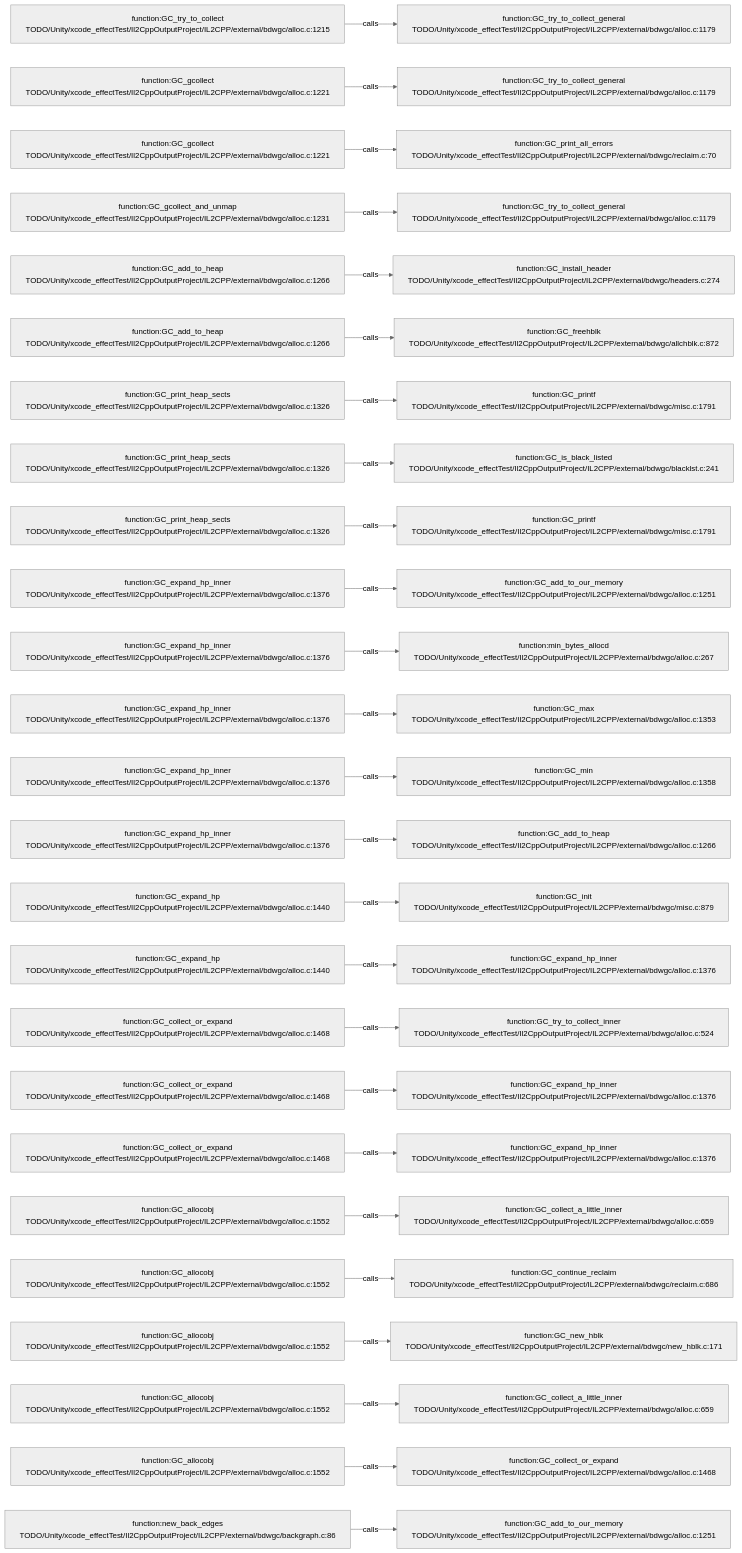
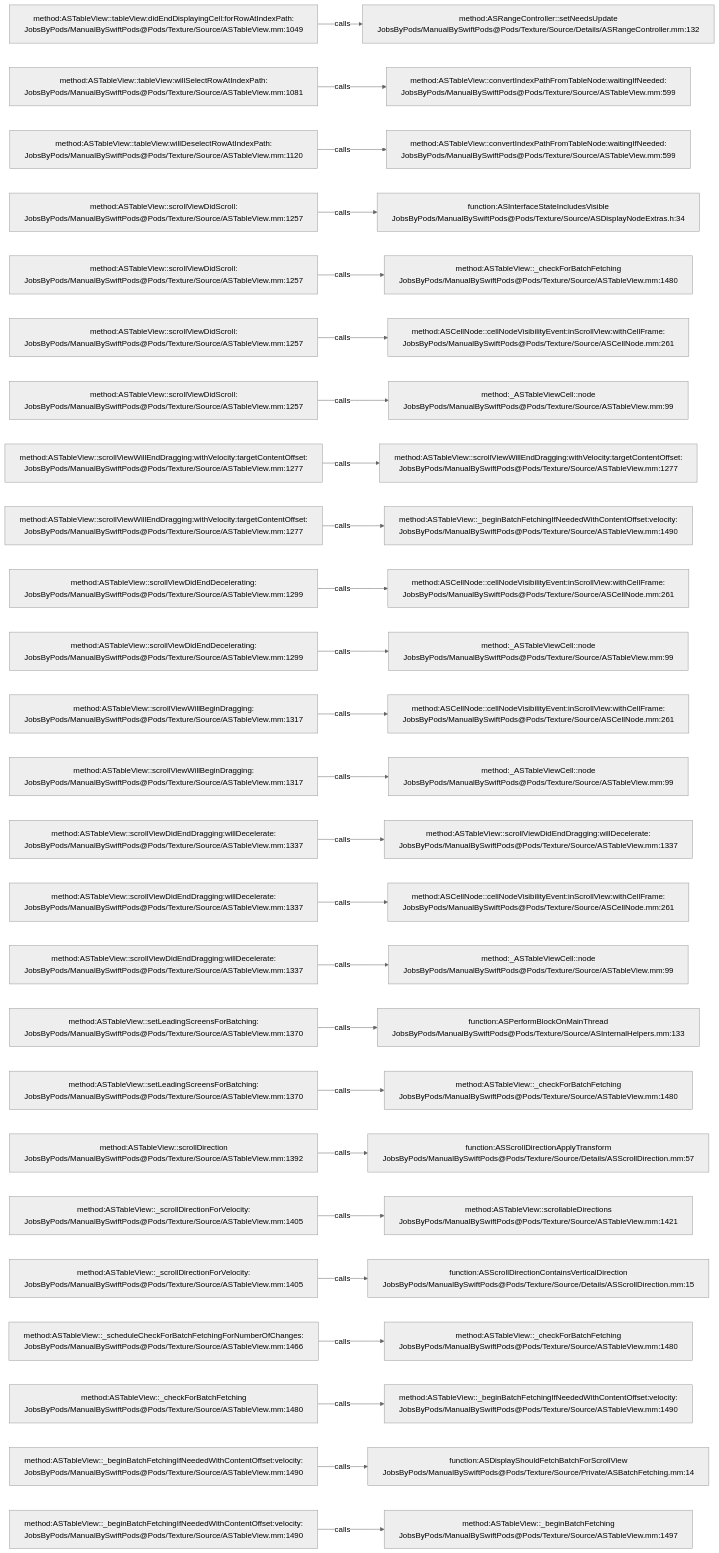
The diagram in .codegraph/codegraph.md/graphs/calls-080.md (JobsKits/JobsSwiftBaseConfigDemo), drawn with Mermaid (neutral theme) before and after one commit. The commit also changed 2959 other files, not shown here.

````diff
--- a/.codegraph/codegraph.md/graphs/calls-080.md
+++ b/.codegraph/codegraph.md/graphs/calls-080.md
@@ -13,78 +13,78 @@
 ```mermaid
 flowchart LR
-  S1["function:GC_try_to_collect<br/>TODO/Unity/xcode_effectTest/Il2CppOutputProject/IL2CPP/external/bdwgc/alloc.c:1215"]
-  T1["function:GC_try_to_collect_general<br/>TODO/Unity/xcode_effectTest/Il2CppOutputProject/IL2CPP/external/bdwgc/alloc.c:1179"]
+  S1["method:ASTableView::tableView:didEndDisplayingCell:forRowAtIndexPath:<br/>JobsByPods/ManualBySwiftPods@Pods/Texture/Source/ASTableView.mm:1049"]
+  T1["method:ASRangeController::setNeedsUpdate<br/>JobsByPods/ManualBySwiftPods@Pods/Texture/Source/Details/ASRangeController.mm:132"]
   S1 -->|calls| T1
-  S2["function:GC_gcollect<br/>TODO/Unity/xcode_effectTest/Il2CppOutputProject/IL2CPP/external/bdwgc/alloc.c:1221"]
-  T2["function:GC_try_to_collect_general<br/>TODO/Unity/xcode_effectTest/Il2CppOutputProject/IL2CPP/external/bdwgc/alloc.c:1179"]
+  S2["method:ASTableView::tableView:willSelectRowAtIndexPath:<br/>JobsByPods/ManualBySwiftPods@Pods/Texture/Source/ASTableView.mm:1081"]
+  T2["method:ASTableView::convertIndexPathFromTableNode:waitingIfNeeded:<br/>JobsByPods/ManualBySwiftPods@Pods/Texture/Source/ASTableView.mm:599"]
   S2 -->|calls| T2
-  S3["function:GC_gcollect<br/>TODO/Unity/xcode_effectTest/Il2CppOutputProject/IL2CPP/external/bdwgc/alloc.c:1221"]
-  T3["function:GC_print_all_errors<br/>TODO/Unity/xcode_effectTest/Il2CppOutputProject/IL2CPP/external/bdwgc/reclaim.c:70"]
+  S3["method:ASTableView::tableView:willDeselectRowAtIndexPath:<br/>JobsByPods/ManualBySwiftPods@Pods/Texture/Source/ASTableView.mm:1120"]
+  T3["method:ASTableView::convertIndexPathFromTableNode:waitingIfNeeded:<br/>JobsByPods/ManualBySwiftPods@Pods/Texture/Source/ASTableView.mm:599"]
   S3 -->|calls| T3
-  S4["function:GC_gcollect_and_unmap<br/>TODO/Unity/xcode_effectTest/Il2CppOutputProject/IL2CPP/external/bdwgc/alloc.c:1231"]
-  T4["function:GC_try_to_collect_general<br/>TODO/Unity/xcode_effectTest/Il2CppOutputProject/IL2CPP/external/bdwgc/alloc.c:1179"]
+  S4["method:ASTableView::scrollViewDidScroll:<br/>JobsByPods/ManualBySwiftPods@Pods/Texture/Source/ASTableView.mm:1257"]
+  T4["function:ASInterfaceStateIncludesVisible<br/>JobsByPods/ManualBySwiftPods@Pods/Texture/Source/ASDisplayNodeExtras.h:34"]
   S4 -->|calls| T4
-  S5["function:GC_add_to_heap<br/>TODO/Unity/xcode_effectTest/Il2CppOutputProject/IL2CPP/external/bdwgc/alloc.c:1266"]
-  T5["function:GC_install_header<br/>TODO/Unity/xcode_effectTest/Il2CppOutputProject/IL2CPP/external/bdwgc/headers.c:274"]
+  S5["method:ASTableView::scrollViewDidScroll:<br/>JobsByPods/ManualBySwiftPods@Pods/Texture/Source/ASTableView.mm:1257"]
+  T5["method:ASTableView::_checkForBatchFetching<br/>JobsByPods/ManualBySwiftPods@Pods/Texture/Source/ASTableView.mm:1480"]
   S5 -->|calls| T5
-  S6["function:GC_add_to_heap<br/>TODO/Unity/xcode_effectTest/Il2CppOutputProject/IL2CPP/external/bdwgc/alloc.c:1266"]
-  T6["function:GC_freehblk<br/>TODO/Unity/xcode_effectTest/Il2CppOutputProject/IL2CPP/external/bdwgc/allchblk.c:872"]
+  S6["method:ASTableView::scrollViewDidScroll:<br/>JobsByPods/ManualBySwiftPods@Pods/Texture/Source/ASTableView.mm:1257"]
+  T6["method:ASCellNode::cellNodeVisibilityEvent:inScrollView:withCellFrame:<br/>JobsByPods/ManualBySwiftPods@Pods/Texture/Source/ASCellNode.mm:261"]
   S6 -->|calls| T6
-  S7["function:GC_print_heap_sects<br/>TODO/Unity/xcode_effectTest/Il2CppOutputProject/IL2CPP/external/bdwgc/alloc.c:1326"]
-  T7["function:GC_printf<br/>TODO/Unity/xcode_effectTest/Il2CppOutputProject/IL2CPP/external/bdwgc/misc.c:1791"]
+  S7["method:ASTableView::scrollViewDidScroll:<br/>JobsByPods/ManualBySwiftPods@Pods/Texture/Source/ASTableView.mm:1257"]
+  T7["method:_ASTableViewCell::node<br/>JobsByPods/ManualBySwiftPods@Pods/Texture/Source/ASTableView.mm:99"]
   S7 -->|calls| T7
-  S8["function:GC_print_heap_sects<br/>TODO/Unity/xcode_effectTest/Il2CppOutputProject/IL2CPP/external/bdwgc/alloc.c:1326"]
-  T8["function:GC_is_black_listed<br/>TODO/Unity/xcode_effectTest/Il2CppOutputProject/IL2CPP/external/bdwgc/blacklst.c:241"]
+  S8["method:ASTableView::scrollViewWillEndDragging:withVelocity:targetContentOffset:<br/>JobsByPods/ManualBySwiftPods@Pods/Texture/Source/ASTableView.mm:1277"]
+  T8["method:ASTableView::scrollViewWillEndDragging:withVelocity:targetContentOffset:<br/>JobsByPods/ManualBySwiftPods@Pods/Texture/Source/ASTableView.mm:1277"]
   S8 -->|calls| T8
-  S9["function:GC_print_heap_sects<br/>TODO/Unity/xcode_effectTest/Il2CppOutputProject/IL2CPP/external/bdwgc/alloc.c:1326"]
-  T9["function:GC_printf<br/>TODO/Unity/xcode_effectTest/Il2CppOutputProject/IL2CPP/external/bdwgc/misc.c:1791"]
+  S9["method:ASTableView::scrollViewWillEndDragging:withVelocity:targetContentOffset:<br/>JobsByPods/ManualBySwiftPods@Pods/Texture/Source/ASTableView.mm:1277"]
+  T9["method:ASTableView::_beginBatchFetchingIfNeededWithContentOffset:velocity:<br/>JobsByPods/ManualBySwiftPods@Pods/Texture/Source/ASTableView.mm:1490"]
   S9 -->|calls| T9
-  S10["function:GC_expand_hp_inner<br/>TODO/Unity/xcode_effectTest/Il2CppOutputProject/IL2CPP/external/bdwgc/alloc.c:1376"]
-  T10["function:GC_add_to_our_memory<br/>TODO/Unity/xcode_effectTest/Il2CppOutputProject/IL2CPP/external/bdwgc/alloc.c:1251"]
+  S10["method:ASTableView::scrollViewDidEndDecelerating:<br/>JobsByPods/ManualBySwiftPods@Pods/Texture/Source/ASTableView.mm:1299"]
+  T10["method:ASCellNode::cellNodeVisibilityEvent:inScrollView:withCellFrame:<br/>JobsByPods/ManualBySwiftPods@Pods/Texture/Source/ASCellNode.mm:261"]
   S10 -->|calls| T10
-  S11["function:GC_expand_hp_inner<br/>TODO/Unity/xcode_effectTest/Il2CppOutputProject/IL2CPP/external/bdwgc/alloc.c:1376"]
-  T11["function:min_bytes_allocd<br/>TODO/Unity/xcode_effectTest/Il2CppOutputProject/IL2CPP/external/bdwgc/alloc.c:267"]
+  S11["method:ASTableView::scrollViewDidEndDecelerating:<br/>JobsByPods/ManualBySwiftPods@Pods/Texture/Source/ASTableView.mm:1299"]
+  T11["method:_ASTableViewCell::node<br/>JobsByPods/ManualBySwiftPods@Pods/Texture/Source/ASTableView.mm:99"]
   S11 -->|calls| T11
-  S12["function:GC_expand_hp_inner<br/>TODO/Unity/xcode_effectTest/Il2CppOutputProject/IL2CPP/external/bdwgc/alloc.c:1376"]
-  T12["function:GC_max<br/>TODO/Unity/xcode_effectTest/Il2CppOutputProject/IL2CPP/external/bdwgc/alloc.c:1353"]
+  S12["method:ASTableView::scrollViewWillBeginDragging:<br/>JobsByPods/ManualBySwiftPods@Pods/Texture/Source/ASTableView.mm:1317"]
+  T12["method:ASCellNode::cellNodeVisibilityEvent:inScrollView:withCellFrame:<br/>JobsByPods/ManualBySwiftPods@Pods/Texture/Source/ASCellNode.mm:261"]
   S12 -->|calls| T12
-  S13["function:GC_expand_hp_inner<br/>TODO/Unity/xcode_effectTest/Il2CppOutputProject/IL2CPP/external/bdwgc/alloc.c:1376"]
-  T13["function:GC_min<br/>TODO/Unity/xcode_effectTest/Il2CppOutputProject/IL2CPP/external/bdwgc/alloc.c:1358"]
+  S13["method:ASTableView::scrollViewWillBeginDragging:<br/>JobsByPods/ManualBySwiftPods@Pods/Texture/Source/ASTableView.mm:1317"]
+  T13["method:_ASTableViewCell::node<br/>JobsByPods/ManualBySwiftPods@Pods/Texture/Source/ASTableView.mm:99"]
   S13 -->|calls| T13
-  S14["function:GC_expand_hp_inner<br/>TODO/Unity/xcode_effectTest/Il2CppOutputProject/IL2CPP/external/bdwgc/alloc.c:1376"]
-  T14["function:GC_add_to_heap<br/>TODO/Unity/xcode_effectTest/Il2CppOutputProject/IL2CPP/external/bdwgc/alloc.c:1266"]
+  S14["method:ASTableView::scrollViewDidEndDragging:willDecelerate:<br/>JobsByPods/ManualBySwiftPods@Pods/Texture/Source/ASTableView.mm:1337"]
+  T14["method:ASTableView::scrollViewDidEndDragging:willDecelerate:<br/>JobsByPods/ManualBySwiftPods@Pods/Texture/Source/ASTableView.mm:1337"]
   S14 -->|calls| T14
-  S15["function:GC_expand_hp<br/>TODO/Unity/xcode_effectTest/Il2CppOutputProject/IL2CPP/external/bdwgc/alloc.c:1440"]
-  T15["function:GC_init<br/>TODO/Unity/xcode_effectTest/Il2CppOutputProject/IL2CPP/external/bdwgc/misc.c:879"]
+  S15["method:ASTableView::scrollViewDidEndDragging:willDecelerate:<br/>JobsByPods/ManualBySwiftPods@Pods/Texture/Source/ASTableView.mm:1337"]
+  T15["method:ASCellNode::cellNodeVisibilityEvent:inScrollView:withCellFrame:<br/>JobsByPods/ManualBySwiftPods@Pods/Texture/Source/ASCellNode.mm:261"]
   S15 -->|calls| T15
-  S16["function:GC_expand_hp<br/>TODO/Unity/xcode_effectTest/Il2CppOutputProject/IL2CPP/external/bdwgc/alloc.c:1440"]
-  T16["function:GC_expand_hp_inner<br/>TODO/Unity/xcode_effectTest/Il2CppOutputProject/IL2CPP/external/bdwgc/alloc.c:1376"]
+  S16["method:ASTableView::scrollViewDidEndDragging:willDecelerate:<br/>JobsByPods/ManualBySwiftPods@Pods/Texture/Source/ASTableView.mm:1337"]
+  T16["method:_ASTableViewCell::node<br/>JobsByPods/ManualBySwiftPods@Pods/Texture/Source/ASTableView.mm:99"]
   S16 -->|calls| T16
-  S17["function:GC_collect_or_expand<br/>TODO/Unity/xcode_effectTest/Il2CppOutputProject/IL2CPP/external/bdwgc/alloc.c:1468"]
-  T17["function:GC_try_to_collect_inner<br/>TODO/Unity/xcode_effectTest/Il2CppOutputProject/IL2CPP/external/bdwgc/alloc.c:524"]
+  S17["method:ASTableView::setLeadingScreensForBatching:<br/>JobsByPods/ManualBySwiftPods@Pods/Texture/Source/ASTableView.mm:1370"]
+  T17["function:ASPerformBlockOnMainThread<br/>JobsByPods/ManualBySwiftPods@Pods/Texture/Source/ASInternalHelpers.mm:133"]
   S17 -->|calls| T17
-  S18["function:GC_collect_or_expand<br/>TODO/Unity/xcode_effectTest/Il2CppOutputProject/IL2CPP/external/bdwgc/alloc.c:1468"]
-  T18["function:GC_expand_hp_inner<br/>TODO/Unity/xcode_effectTest/Il2CppOutputProject/IL2CPP/external/bdwgc/alloc.c:1376"]
+  S18["method:ASTableView::setLeadingScreensForBatching:<br/>JobsByPods/ManualBySwiftPods@Pods/Texture/Source/ASTableView.mm:1370"]
+  T18["method:ASTableView::_checkForBatchFetching<br/>JobsByPods/ManualBySwiftPods@Pods/Texture/Source/ASTableView.mm:1480"]
   S18 -->|calls| T18
-  S19["function:GC_collect_or_expand<br/>TODO/Unity/xcode_effectTest/Il2CppOutputProject/IL2CPP/external/bdwgc/alloc.c:1468"]
-  T19["function:GC_expand_hp_inner<br/>TODO/Unity/xcode_effectTest/Il2CppOutputProject/IL2CPP/external/bdwgc/alloc.c:1376"]
+  S19["method:ASTableView::scrollDirection<br/>JobsByPods/ManualBySwiftPods@Pods/Texture/Source/ASTableView.mm:1392"]
+  T19["function:ASScrollDirectionApplyTransform<br/>JobsByPods/ManualBySwiftPods@Pods/Texture/Source/Details/ASScrollDirection.mm:57"]
   S19 -->|calls| T19
-  S20["function:GC_allocobj<br/>TODO/Unity/xcode_effectTest/Il2CppOutputProject/IL2CPP/external/bdwgc/alloc.c:1552"]
-  T20["function:GC_collect_a_little_inner<br/>TODO/Unity/xcode_effectTest/Il2CppOutputProject/IL2CPP/external/bdwgc/alloc.c:659"]
+  S20["method:ASTableView::_scrollDirectionForVelocity:<br/>JobsByPods/ManualBySwiftPods@Pods/Texture/Source/ASTableView.mm:1405"]
+  T20["method:ASTableView::scrollableDirections<br/>JobsByPods/ManualBySwiftPods@Pods/Texture/Source/ASTableView.mm:1421"]
   S20 -->|calls| T20
-  S21["function:GC_allocobj<br/>TODO/Unity/xcode_effectTest/Il2CppOutputProject/IL2CPP/external/bdwgc/alloc.c:1552"]
-  T21["function:GC_continue_reclaim<br/>TODO/Unity/xcode_effectTest/Il2CppOutputProject/IL2CPP/external/bdwgc/reclaim.c:686"]
+  S21["method:ASTableView::_scrollDirectionForVelocity:<br/>JobsByPods/ManualBySwiftPods@Pods/Texture/Source/ASTableView.mm:1405"]
+  T21["function:ASScrollDirectionContainsVerticalDirection<br/>JobsByPods/ManualBySwiftPods@Pods/Texture/Source/Details/ASScrollDirection.mm:15"]
   S21 -->|calls| T21
-  S22["function:GC_allocobj<br/>TODO/Unity/xcode_effectTest/Il2CppOutputProject/IL2CPP/external/bdwgc/alloc.c:1552"]
-  T22["function:GC_new_hblk<br/>TODO/Unity/xcode_effectTest/Il2CppOutputProject/IL2CPP/external/bdwgc/new_hblk.c:171"]
+  S22["method:ASTableView::_scheduleCheckForBatchFetchingForNumberOfChanges:<br/>JobsByPods/ManualBySwiftPods@Pods/Texture/Source/ASTableView.mm:1466"]
+  T22["method:ASTableView::_checkForBatchFetching<br/>JobsByPods/ManualBySwiftPods@Pods/Texture/Source/ASTableView.mm:1480"]
   S22 -->|calls| T22
-  S23["function:GC_allocobj<br/>TODO/Unity/xcode_effectTest/Il2CppOutputProject/IL2CPP/external/bdwgc/alloc.c:1552"]
-  T23["function:GC_collect_a_little_inner<br/>TODO/Unity/xcode_effectTest/Il2CppOutputProject/IL2CPP/external/bdwgc/alloc.c:659"]
+  S23["method:ASTableView::_checkForBatchFetching<br/>JobsByPods/ManualBySwiftPods@Pods/Texture/Source/ASTableView.mm:1480"]
+  T23["method:ASTableView::_beginBatchFetchingIfNeededWithContentOffset:velocity:<br/>JobsByPods/ManualBySwiftPods@Pods/Texture/Source/ASTableView.mm:1490"]
   S23 -->|calls| T23
-  S24["function:GC_allocobj<br/>TODO/Unity/xcode_effectTest/Il2CppOutputProject/IL2CPP/external/bdwgc/alloc.c:1552"]
-  T24["function:GC_collect_or_expand<br/>TODO/Unity/xcode_effectTest/Il2CppOutputProject/IL2CPP/external/bdwgc/alloc.c:1468"]
+  S24["method:ASTableView::_beginBatchFetchingIfNeededWithContentOffset:velocity:<br/>JobsByPods/ManualBySwiftPods@Pods/Texture/Source/ASTableView.mm:1490"]
+  T24["function:ASDisplayShouldFetchBatchForScrollView<br/>JobsByPods/ManualBySwiftPods@Pods/Texture/Source/Private/ASBatchFetching.mm:14"]
   S24 -->|calls| T24
-  S25["function:new_back_edges<br/>TODO/Unity/xcode_effectTest/Il2CppOutputProject/IL2CPP/external/bdwgc/backgraph.c:86"]
-  T25["function:GC_add_to_our_memory<br/>TODO/Unity/xcode_effectTest/Il2CppOutputProject/IL2CPP/external/bdwgc/alloc.c:1251"]
+  S25["method:ASTableView::_beginBatchFetchingIfNeededWithContentOffset:velocity:<br/>JobsByPods/ManualBySwiftPods@Pods/Texture/Source/ASTableView.mm:1490"]
+  T25["method:ASTableView::_beginBatchFetching<br/>JobsByPods/ManualBySwiftPods@Pods/Texture/Source/ASTableView.mm:1497"]
   S25 -->|calls| T25
 ```
````
